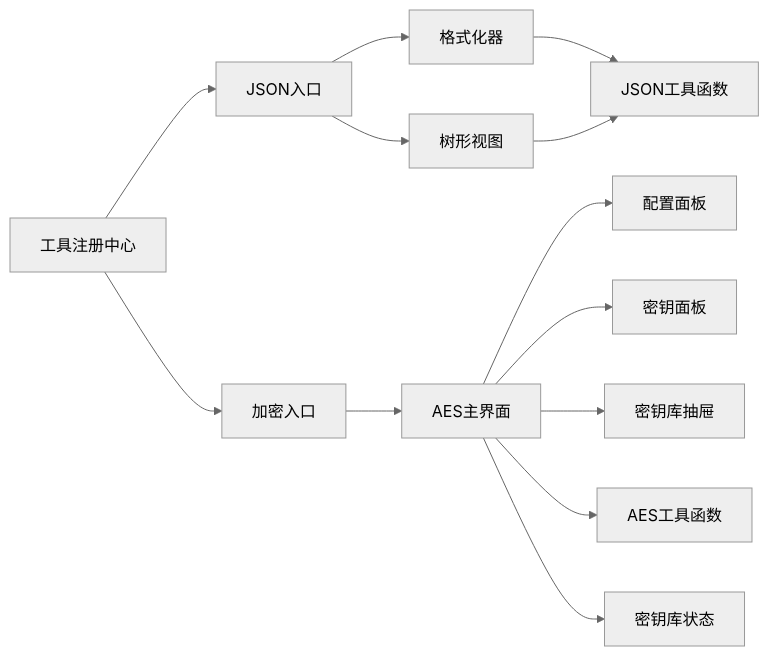
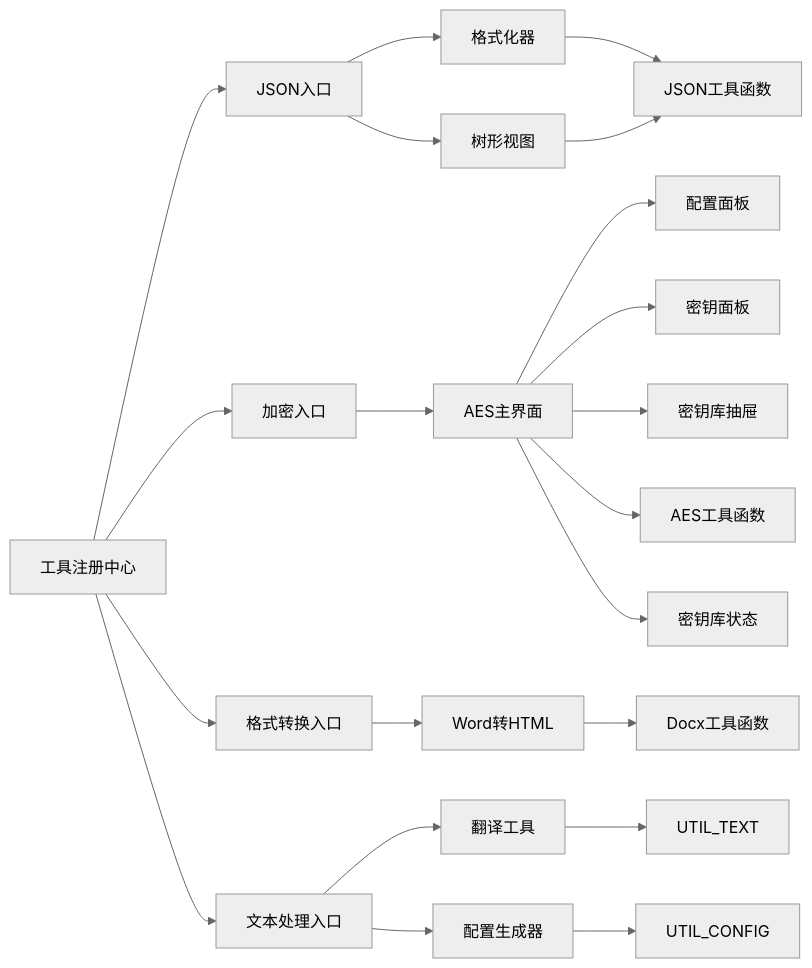
The ninth of 9 diagrams in .qoder/repowiki/zh/content/项目概述/核心功能/核心功能.md (xkdaq/XKUtil), drawn with Mermaid (neutral theme) before and after one commit. The commit also changed other lines of this file and 3 other files, not shown here.

````diff
--- a/.qoder/repowiki/zh/content/项目概述/核心功能/核心功能.md
+++ b/.qoder/repowiki/zh/content/项目概述/核心功能/核心功能.md
@@ -379,15 +506,23 @@
 ```mermaid
 graph LR
 REG["工具注册中心"] --> JSON_IDX["JSON入口"]
 REG --> CRYPTO_IDX["加密入口"]
+REG --> CONVERT_IDX["格式转换入口"]
+REG --> TEXT_IDX["文本处理入口"]
 JSON_IDX --> JSON_FMT["格式化器"]
 JSON_IDX --> JSON_TREE["树形视图"]
 JSON_FMT --> UTIL_JSON["JSON工具函数"]
 JSON_TREE --> UTIL_JSON
 CRYPTO_IDX --> AES_MAIN["AES主界面"]
 AES_MAIN --> CFG["配置面板"]
 AES_MAIN --> KEYP["密钥面板"]
 AES_MAIN --> KSD["密钥库抽屉"]
 AES_MAIN --> UTIL_CRYPTO["AES工具函数"]
 AES_MAIN --> STORE["密钥库状态"]
+CONVERT_IDX --> DOCX_HTML["Word转HTML"]
+DOCX_HTML --> UTIL_DOCX["Docx工具函数"]
+TEXT_IDX --> TRANSLATE["翻译工具"]
+TEXT_IDX --> CONFIG_GEN["配置生成器"]
+TRANSLATE --> UTIL_TEXT
+CONFIG_GEN --> UTIL_CONFIG
 ```
````
